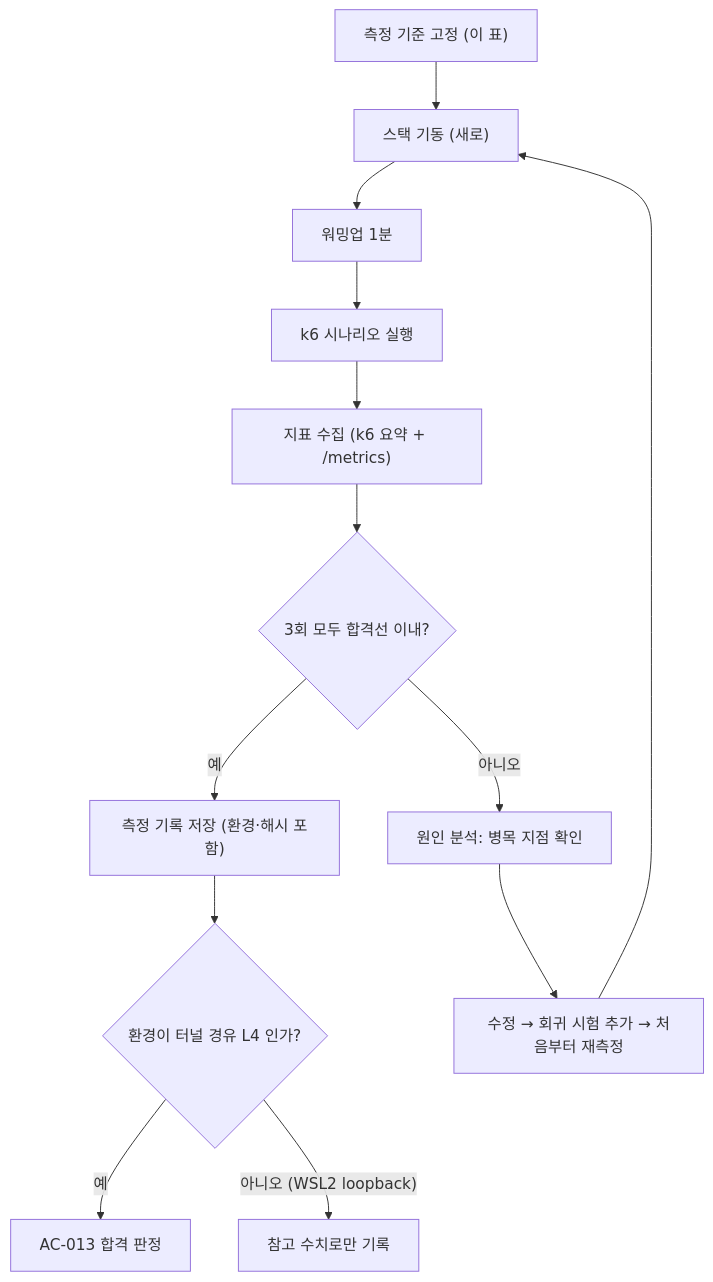
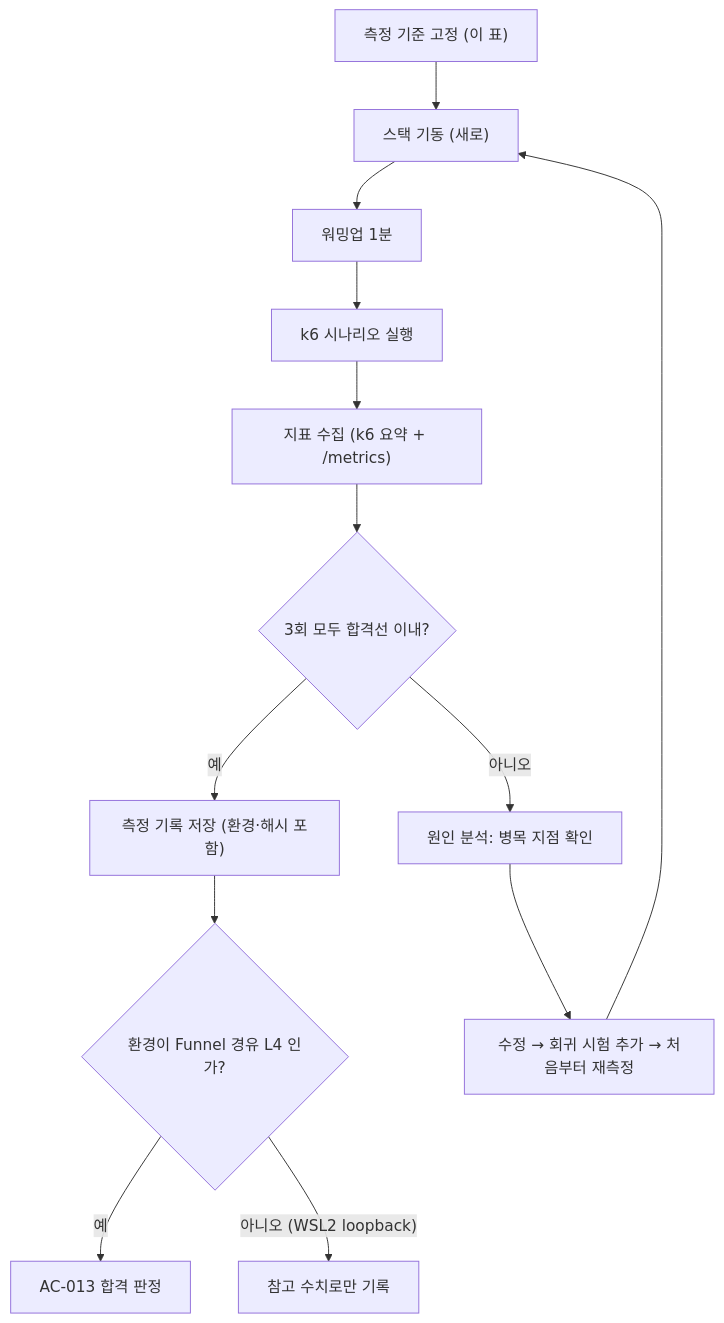
The eighth of 8 diagrams in docs/design/08-test-strategy.md (1985jwlee/portpolio_backend), drawn with Mermaid before and after one commit. The commit also changed other lines of this file and 50 other files, not shown here.

````diff
--- a/docs/design/08-test-strategy.md
+++ b/docs/design/08-test-strategy.md
@@ -523,15 +525,15 @@
 ```mermaid
 flowchart TD
     A["측정 기준 고정 (이 표)"] --> B["스택 기동 (새로)"]
     B --> C["워밍업 1분"]
     C --> D["k6 시나리오 실행"]
     D --> E["지표 수집 (k6 요약 + /metrics)"]
     E --> F{"3회 모두 합격선 이내?"}
     F -- "예" --> G["측정 기록 저장 (환경·해시 포함)"]
     F -- "아니오" --> H["원인 분석: 병목 지점 확인"]
     H --> I["수정 → 회귀 시험 추가 → 처음부터 재측정"]
     I --> B
-    G --> J{"환경이 터널 경유 L4 인가?"}
+    G --> J{"환경이 Funnel 경유 L4 인가?"}
     J -- "예" --> K["AC-013 합격 판정"]
     J -- "아니오 (WSL2 loopback)" --> L["참고 수치로만 기록"]
 ```
````
